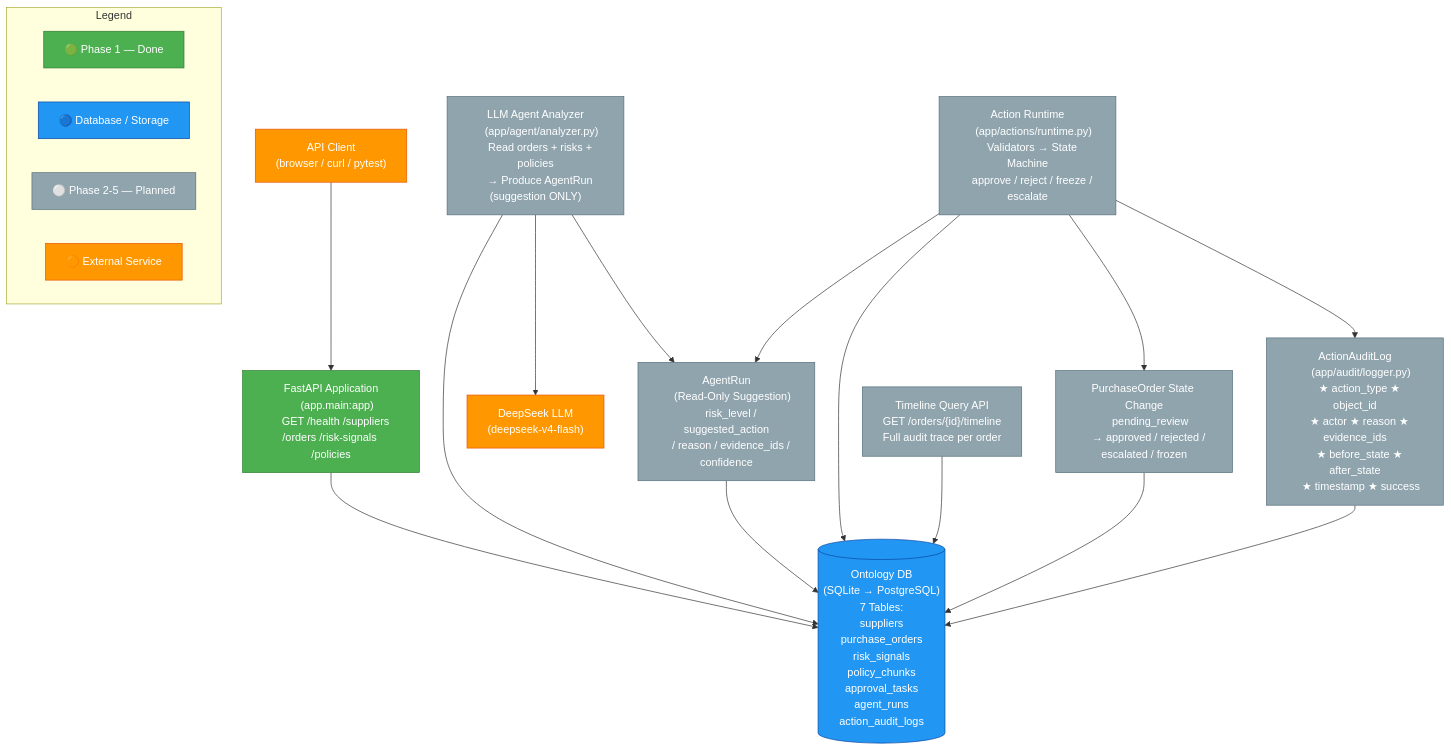
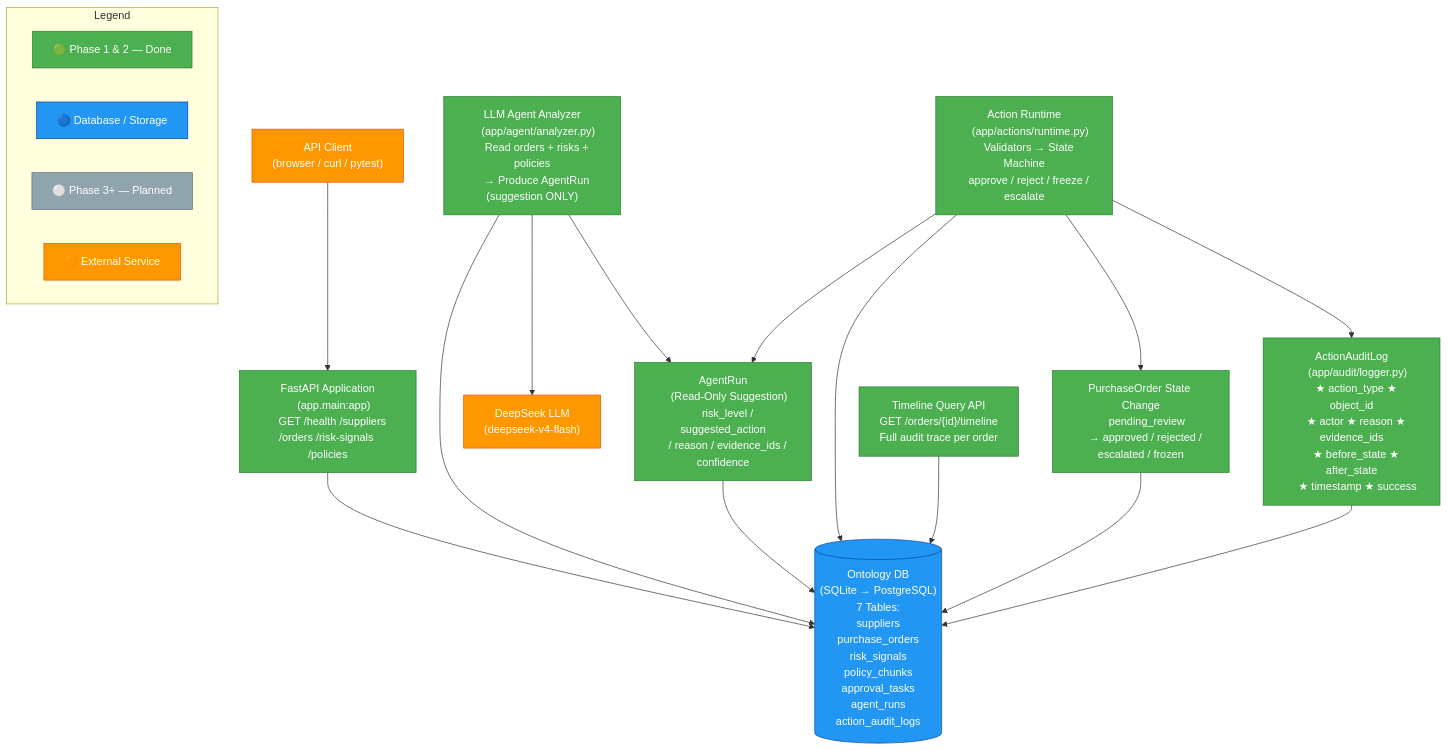
One commit to k2ct/mini-foundry-ontology-runtime changed the diagram in docs/architecture_diagram.md. Above: the diagram before and after it, drawn with Mermaid. The commit also changed other lines of this file and 42 other files, not shown here.

Commit message:
Complete mini foundry ontology action runtime

````diff
--- a/docs/architecture_diagram.md
+++ b/docs/architecture_diagram.md
@@ -47,27 +47,27 @@
     (app/agent/analyzer.py)
     Read orders + risks + policies
     → Produce AgentRun (suggestion ONLY)"]
-    class AgentAnalyzer planned
+    class AgentAnalyzer done
 
     %% ── AgentRun ─────────────────────────────────────────────────────
     AgentRunRecord["AgentRun
     (Read-Only Suggestion)
     risk_level / suggested_action
     / reason / evidence_ids / confidence"]
-    class AgentRunRecord planned
+    class AgentRunRecord done
 
     %% ── Action Runtime ───────────────────────────────────────────────
     ActionRuntime["Action Runtime
     (app/actions/runtime.py)
     Validators → State Machine
     approve / reject / freeze / escalate"]
-    class ActionRuntime planned
+    class ActionRuntime done
 
     %% ── State Change ─────────────────────────────────────────────────
     StateChange["PurchaseOrder State Change
     pending_review
     → approved / rejected / escalated / frozen"]
-    class StateChange planned
+    class StateChange done
 
     %% ── Audit Log ────────────────────────────────────────────────────
     ActionAuditLog["ActionAuditLog
@@ -76,13 +76,13 @@
     ★ actor ★ reason ★ evidence_ids
     ★ before_state ★ after_state
     ★ timestamp ★ success"]
-    class ActionAuditLog planned
+    class ActionAuditLog done
 
     %% ── Timeline Query ───────────────────────────────────────────────
     TimelineQuery["Timeline Query API
     GET /orders/{id}/timeline
     Full audit trace per order"]
-    class TimelineQuery planned
+    class TimelineQuery done
 
     %% ── Edges ────────────────────────────────────────────────────────
     Client --> FastAPI
@@ -105,9 +105,9 @@
 
     %% ── Legend ───────────────────────────────────────────────────────
     subgraph Legend
-        L1["🟢 Phase 1 — Done"]:::done
+        L1["🟢 Phase 1 & 2 — Done"]:::done
         L2["🔵 Database / Storage"]:::storage
-        L3["⚪ Phase 2-5 — Planned"]:::planned
+        L3["⚪ Phase 3+ — Planned"]:::planned
         L4["🟠 External Service"]:::external
     end
 ```
````
